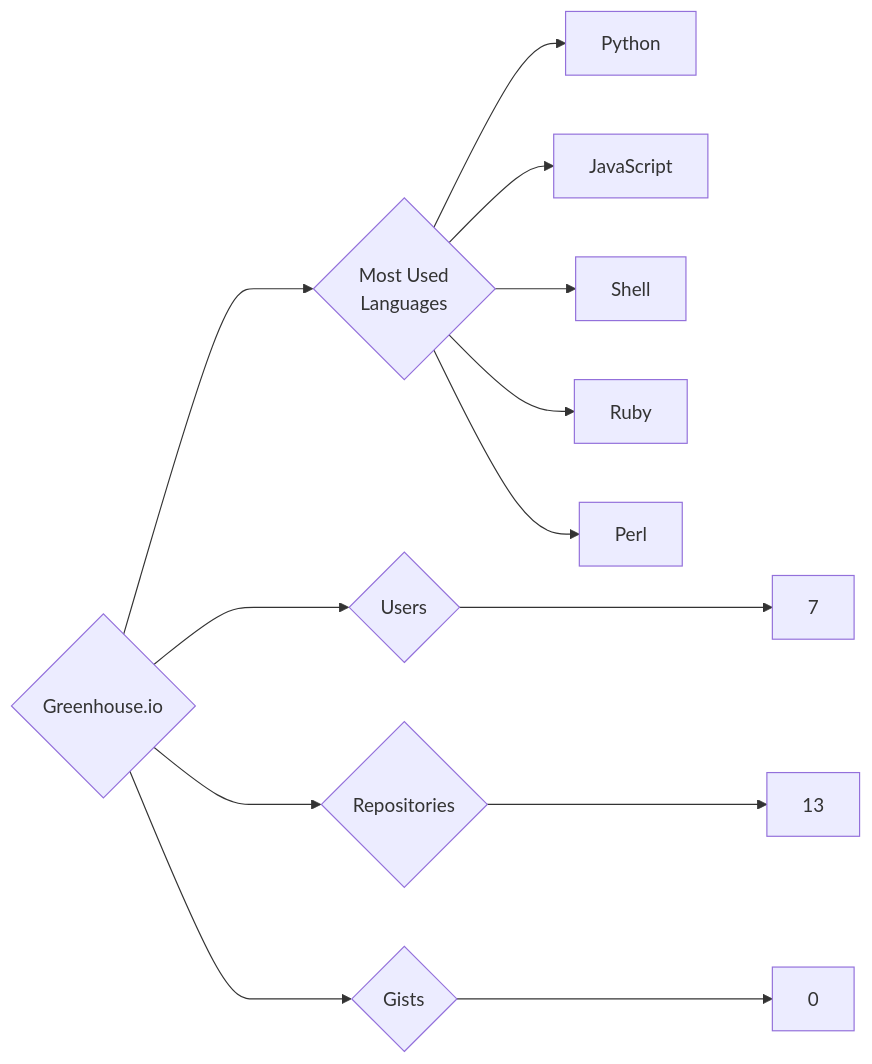
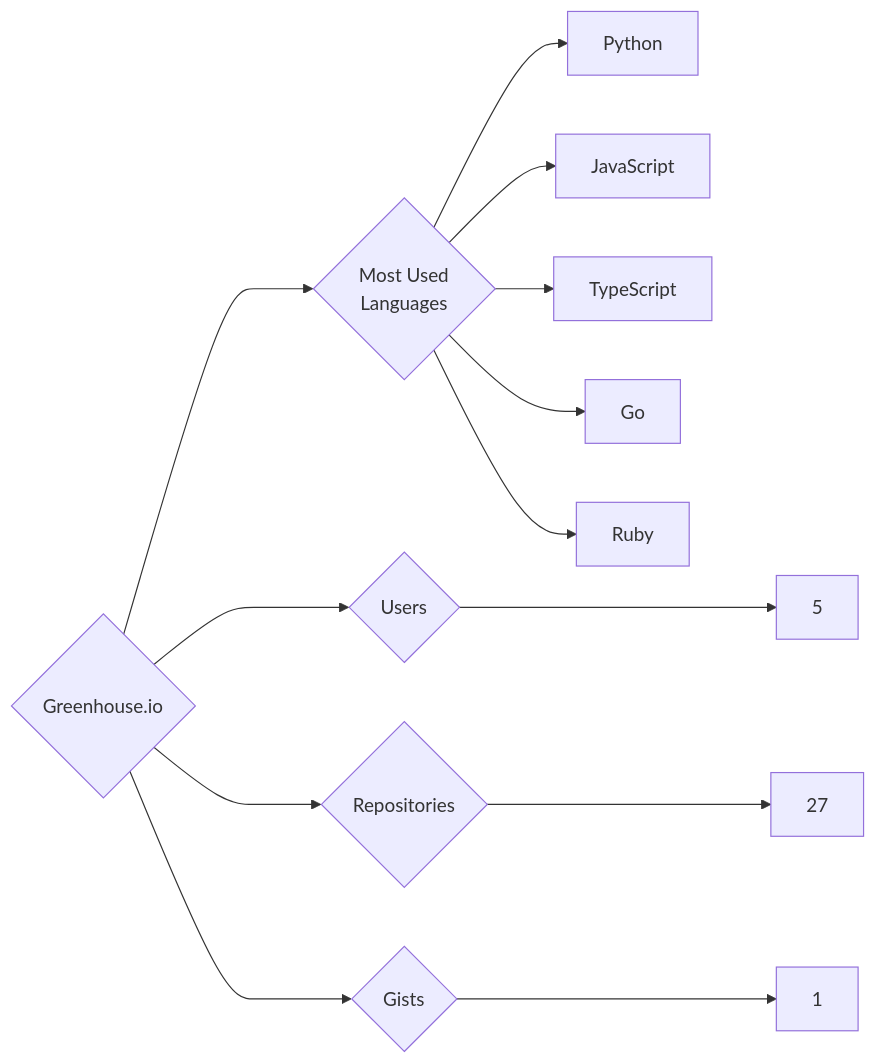
One commit to trickest/insiders changed the diagram in targets/Greenhouse.io/README.md. Above: the diagram before and after it, drawn with Mermaid. The commit also changed 1195 other files, not shown here.

````diff
--- a/targets/Greenhouse.io/README.md
+++ b/targets/Greenhouse.io/README.md
@@ -3,13 +3,13 @@
 ```mermaid
 graph LR
 COMPANY_NAME{Greenhouse.io}
-COMPANY_NAME ---> U{Users} ---> UN[7]
-COMPANY_NAME ---> R{Repositories} ---> RN[13]
-COMPANY_NAME ---> G{Gists} ---> GN[0]
+COMPANY_NAME ---> U{Users} ---> UN[5]
+COMPANY_NAME ---> R{Repositories} ---> RN[27]
+COMPANY_NAME ---> G{Gists} ---> GN[1]
 COMPANY_NAME ---> ML{Most Used<br>Languages}
 ML --> Python[Python]
 ML --> JavaScript[JavaScript]
-ML --> Shell[Shell]
+ML --> TypeScript[TypeScript]
+ML --> Go[Go]
 ML --> Ruby[Ruby]
-ML --> Perl[Perl]
 ```
````
